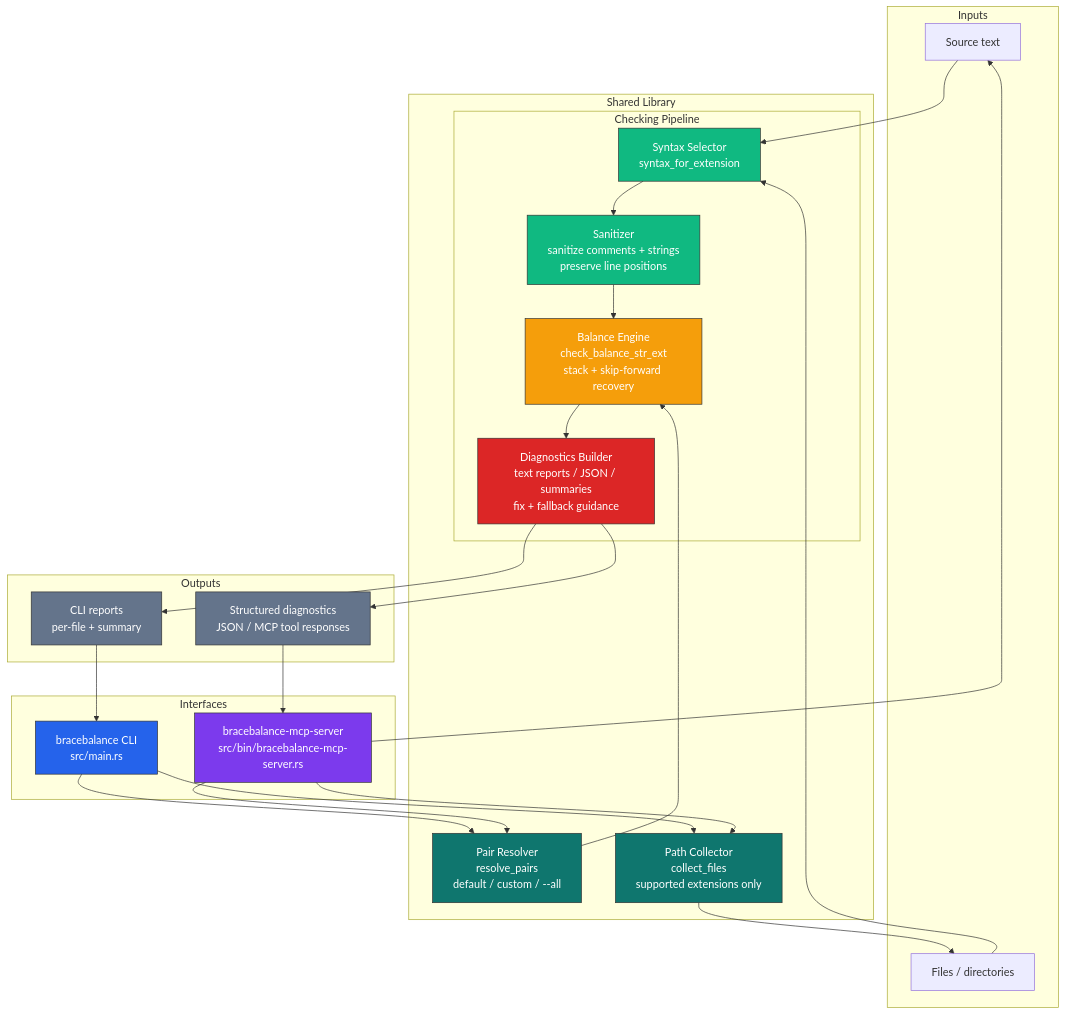
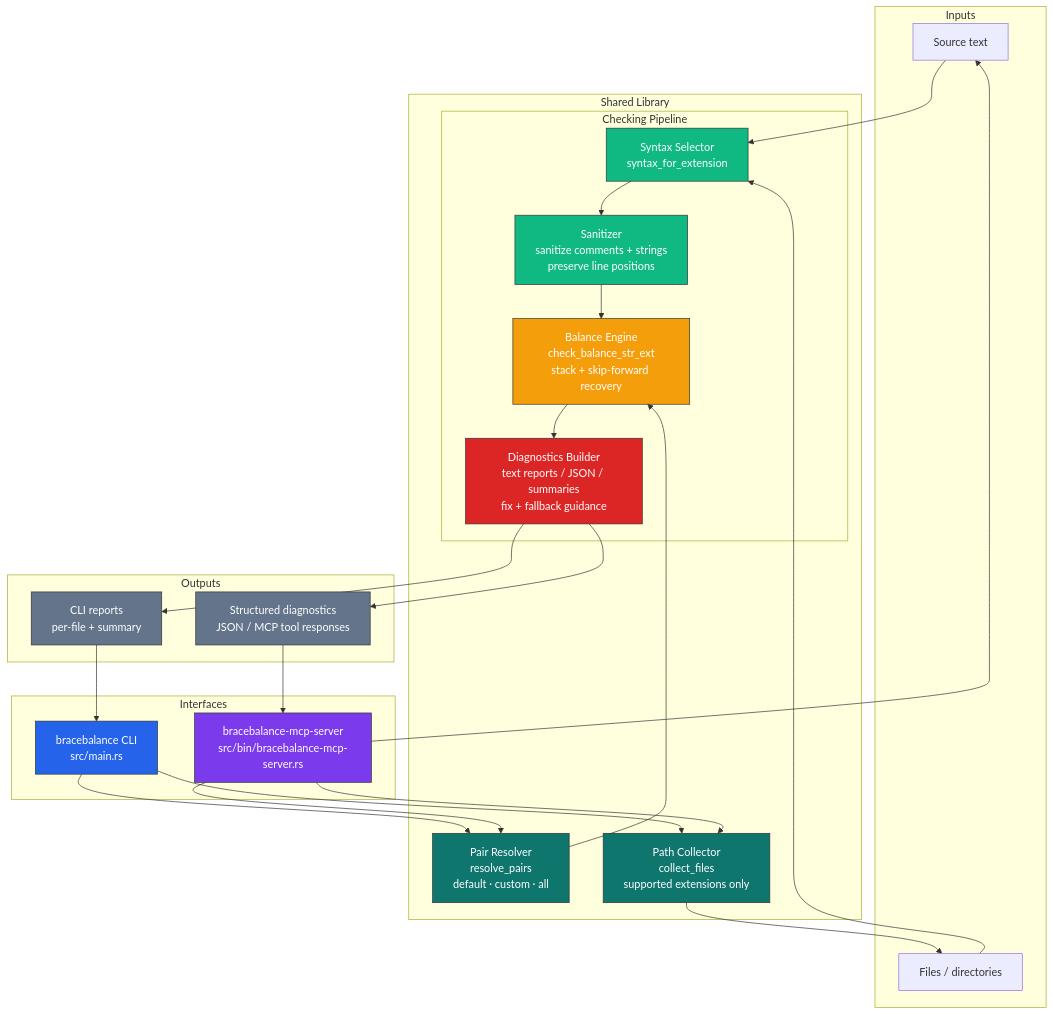
The diagram in README.md (npiesco/bracebalance), drawn with Mermaid before and after one commit. The commit also changed other lines of this file, not shown here.

Commit message:
README: fix mermaid label (-- inside node), embed YouTube demo thumbnail

````diff
--- a/README.md
+++ b/README.md
@@ -94,57 +98,57 @@
 ```mermaid
 graph TB
     subgraph "Inputs"
         SRC["Source text"]
         PATHS["Files / directories"]
     end
 
     subgraph "Interfaces"
         CLI["bracebalance CLI<br/>src/main.rs"]
         MCP["bracebalance-mcp-server<br/>src/bin/bracebalance-mcp-server.rs"]
     end
 
     subgraph "Shared Library"
-        PAIRS["Pair Resolver<br/>resolve_pairs<br/>default / custom / --all"]
+        PAIRS["Pair Resolver<br/>resolve_pairs<br/>default · custom · all"]
         COLLECT["Path Collector<br/>collect_files<br/>supported extensions only"]
 
         subgraph "Checking Pipeline"
             SYNTAX["Syntax Selector<br/>syntax_for_extension"]
             SAN["Sanitizer<br/>sanitize comments + strings<br/>preserve line positions"]
             BAL["Balance Engine<br/>check_balance_str_ext<br/>stack + skip-forward recovery"]
             DIAG["Diagnostics Builder<br/>text reports / JSON / summaries<br/>fix + fallback guidance"]
         end
     end
 
     subgraph "Outputs"
         TEXT_OUT["CLI reports<br/>per-file + summary"]
         JSON_OUT["Structured diagnostics<br/>JSON / MCP tool responses"]
     end
 
     CLI --> PAIRS
     CLI --> COLLECT
     COLLECT --> PATHS
     MCP --> PAIRS
     MCP --> COLLECT
     MCP --> SRC
     PATHS --> SYNTAX
     SRC --> SYNTAX
     SYNTAX --> SAN
     PAIRS --> BAL
     SAN --> BAL
     BAL --> DIAG
     DIAG --> TEXT_OUT
     DIAG --> JSON_OUT
     TEXT_OUT --> CLI
     JSON_OUT --> MCP
 
     style CLI fill:#2563eb,stroke:#333,color:#fff
     style MCP fill:#7c3aed,stroke:#333,color:#fff
     style PAIRS fill:#0f766e,stroke:#333,color:#fff
     style COLLECT fill:#0f766e,stroke:#333,color:#fff
     style SYNTAX fill:#10b981,stroke:#333,color:#fff
     style SAN fill:#10b981,stroke:#333,color:#fff
     style BAL fill:#f59e0b,stroke:#333,color:#fff
     style DIAG fill:#dc2626,stroke:#333,color:#fff
     style TEXT_OUT fill:#64748b,stroke:#333,color:#fff
     style JSON_OUT fill:#64748b,stroke:#333,color:#fff
 ```
````
